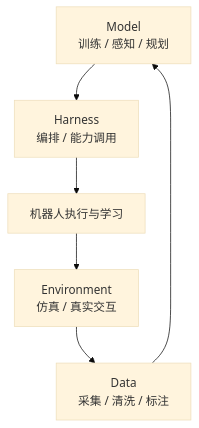
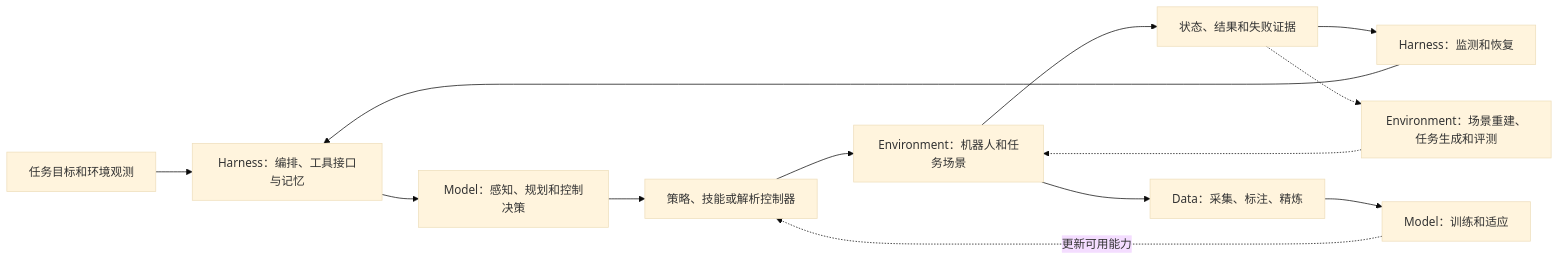
Before and after one commit to ImChong/Robotics_Notebooks: the diagram in wiki/entities/paper-towards-agentic-robots-survey.md, drawn with Mermaid (base theme). The commit also changed other lines of this file and 4 other files, not shown here.

````diff
--- a/wiki/entities/paper-towards-agentic-robots-survey.md
+++ b/wiki/entities/paper-towards-agentic-robots-survey.md
@@ -53,13 +90,15 @@
 ```mermaid
-flowchart TB
-  model["Model\n训练 / 感知 / 规划"]
-  data["Data\n采集 / 清洗 / 标注"]
-  env["Environment\n仿真 / 真实交互"]
-  harness["Harness\n编排 / 能力调用"]
-  robot["机器人执行与学习"]
-  model --> harness
-  data --> model
-  env --> data
-  harness --> robot
-  robot --> env
+flowchart LR
+  goal["任务目标和环境观测"] --> harness["Harness：编排、工具接口与记忆"]
+  harness --> model["Model：感知、规划和控制决策"]
+  model --> policy["策略、技能或解析控制器"]
+  policy --> env["Environment：机器人和任务场景"]
+  env --> feedback["状态、结果和失败证据"]
+  feedback --> monitor["Harness：监测和恢复"]
+  monitor --> harness
+  env --> data["Data：采集、标注、精炼"]
+  data --> train["Model：训练和适应"]
+  train -.->|"更新可用能力"| policy
+  build["Environment：场景重建、任务生成和评测"] -.-> env
+  feedback -.-> build
 ```
````
